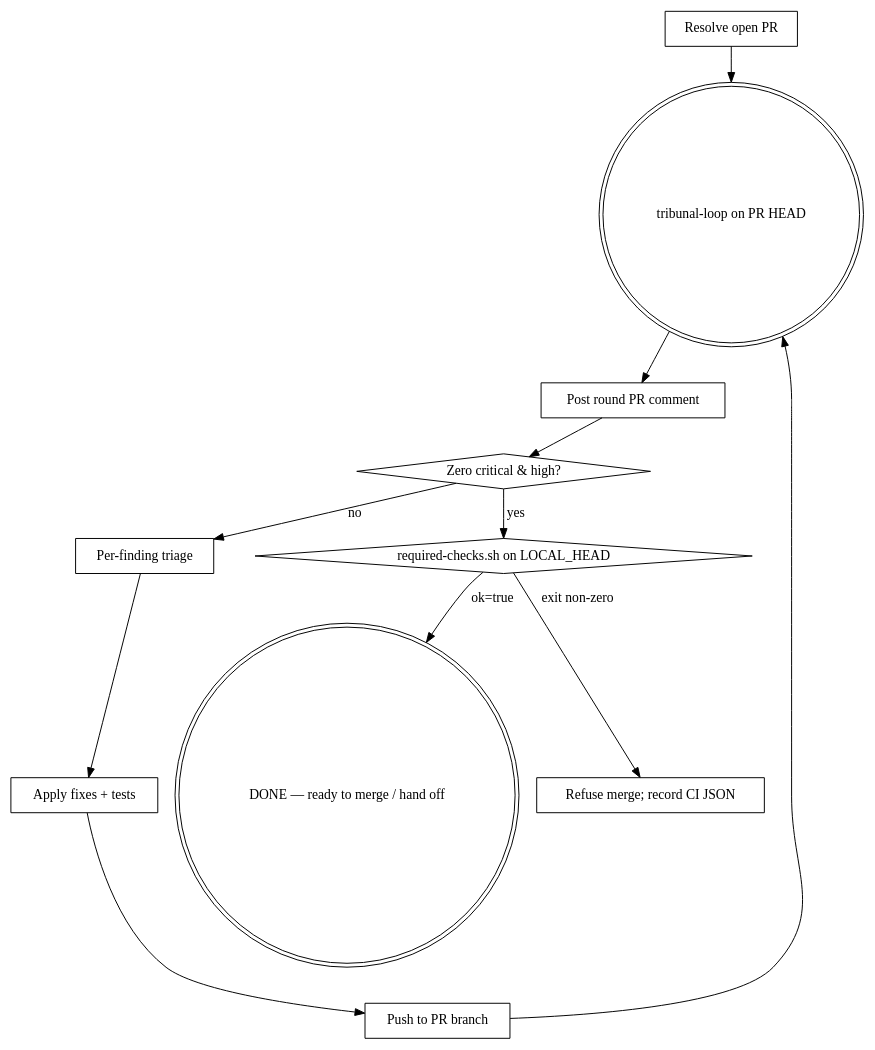
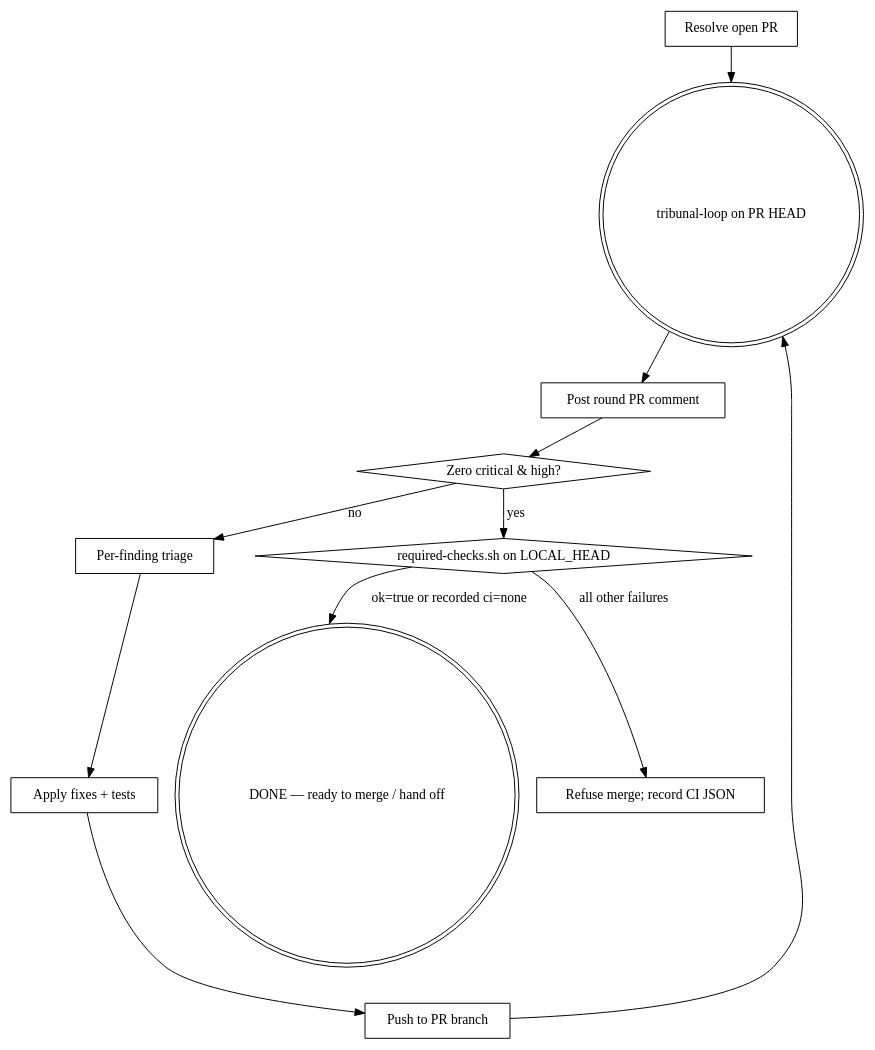
Before and after one commit to paat/claude-plugins: the diagram in plugins/tribunal-review/skills/closing-tribunal-loop/SKILL.md, drawn with Graphviz. The commit also changed other lines of this file and 11 other files, not shown here.

````diff
--- a/plugins/tribunal-review/skills/closing-tribunal-loop/SKILL.md
+++ b/plugins/tribunal-review/skills/closing-tribunal-loop/SKILL.md
@@ -73,25 +73,25 @@
 ```dot
 digraph close_tribunal {
     "Resolve open PR" [shape=box];
     "tribunal-loop on PR HEAD" [shape=doublecircle];
     "Post round PR comment" [shape=box];
     "Zero critical & high?" [shape=diamond];
     "Per-finding triage" [shape=box];
     "Apply fixes + tests" [shape=box];
     "Push to PR branch" [shape=box];
     "required-checks.sh on LOCAL_HEAD" [shape=diamond];
     "DONE — ready to merge / hand off" [shape=doublecircle];
     "Refuse merge; record CI JSON" [shape=box];
 
     "Resolve open PR" -> "tribunal-loop on PR HEAD";
     "tribunal-loop on PR HEAD" -> "Post round PR comment";
     "Post round PR comment" -> "Zero critical & high?";
     "Zero critical & high?" -> "required-checks.sh on LOCAL_HEAD" [label="yes"];
     "Zero critical & high?" -> "Per-finding triage" [label="no"];
-    "required-checks.sh on LOCAL_HEAD" -> "DONE — ready to merge / hand off" [label="ok=true"];
-    "required-checks.sh on LOCAL_HEAD" -> "Refuse merge; record CI JSON" [label="exit non-zero"];
+    "required-checks.sh on LOCAL_HEAD" -> "DONE — ready to merge / hand off" [label="ok=true or recorded ci=none"];
+    "required-checks.sh on LOCAL_HEAD" -> "Refuse merge; record CI JSON" [label="all other failures"];
     "Per-finding triage" -> "Apply fixes + tests";
     "Apply fixes + tests" -> "Push to PR branch";
     "Push to PR branch" -> "tribunal-loop on PR HEAD";
 }
 ```
````
